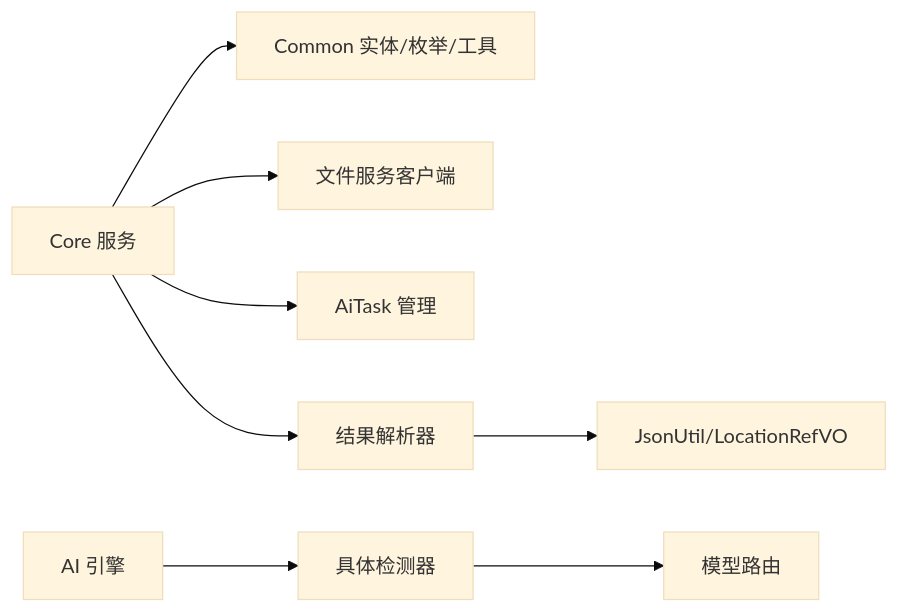
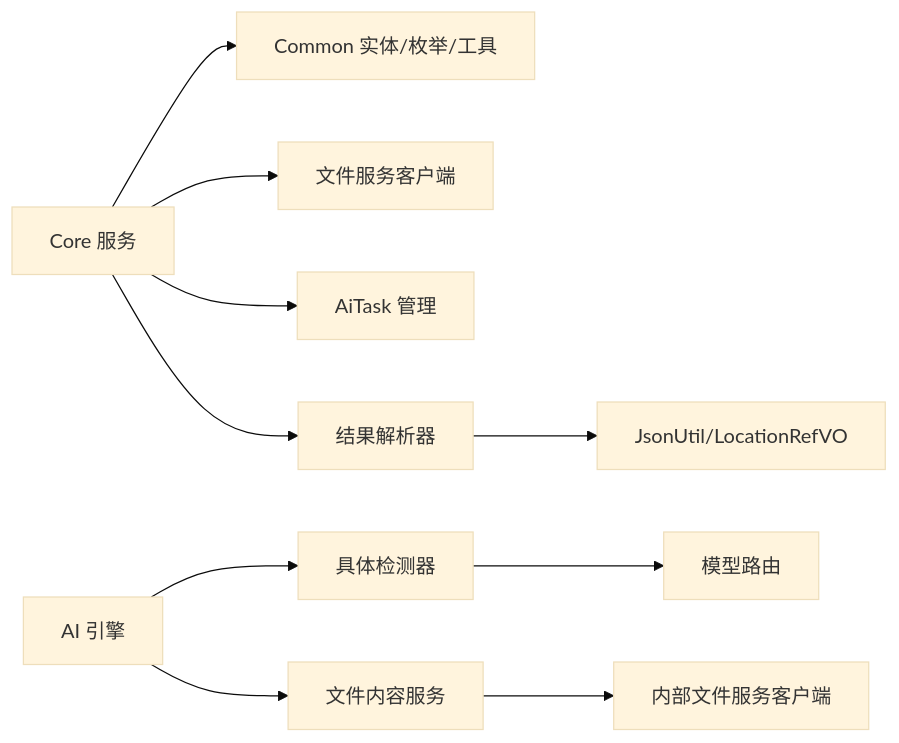
Before and after one commit to DrunkFood/First: the sixth of 6 diagrams in .qoder/repowiki/zh/content/后端服务/核心业务服务 (ele-ai-tender-core)/智能检测服务.md, drawn with Mermaid (base theme). The commit also changed other lines of this file and 69 other files, not shown here.

````diff
--- a/.qoder/repowiki/zh/content/后端服务/核心业务服务 (ele-ai-tender-core)/智能检测服务.md
+++ b/.qoder/repowiki/zh/content/后端服务/核心业务服务 (ele-ai-tender-core)/智能检测服务.md
@@ -393,10 +438,12 @@
 ```mermaid
 graph LR
 CORE["Core 服务"] --> COMMON["Common 实体/枚举/工具"]
 CORE --> FILE["文件服务客户端"]
 CORE --> TASK["AiTask 管理"]
 AI["AI 引擎"] --> DETECTORS["具体检测器"]
+AI --> FCS["文件内容服务"]
+FCS --> IFSC["内部文件服务客户端"]
 DETECTORS --> ROUTER["模型路由"]
 CORE --> PARSER["结果解析器"]
 PARSER --> UTIL["JsonUtil/LocationRefVO"]
 ```
````
